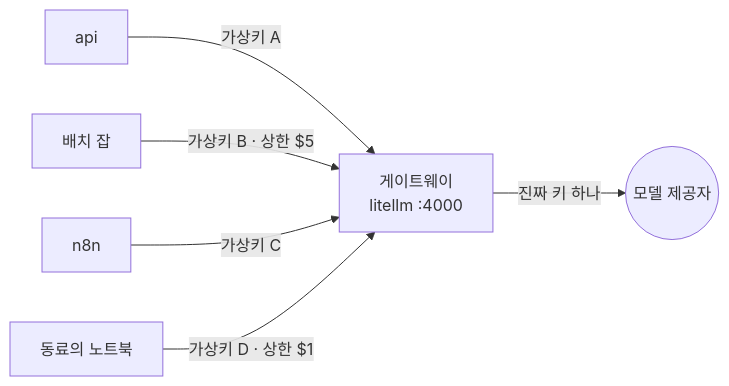
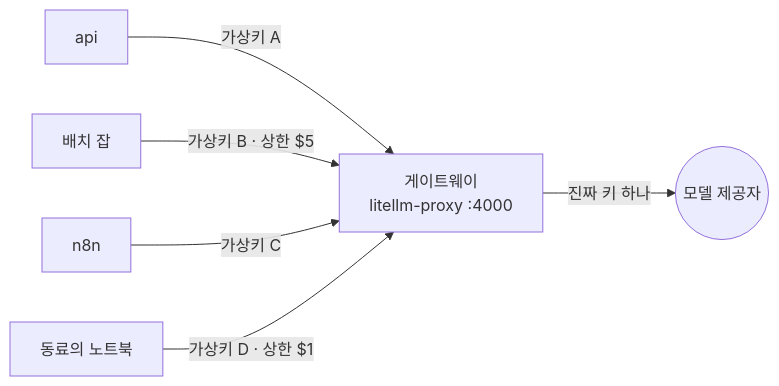
Before and after one commit to 2026-ai-service-engineering-a/ai_service_engineering-track_a: the third of 16 diagrams in site/src/content/courses/ko/session-08/index.mdx, drawn with Mermaid. The commit also changed other lines of this file and 7 other files, not shown here.

````diff
--- a/site/src/content/courses/ko/session-08/index.mdx
+++ b/site/src/content/courses/ko/session-08/index.mdx
@@ -121,8 +123,8 @@
 ```mermaid
 flowchart LR
-    B1["api"] -->|"가상키 A"| G["게이트웨이<br/>litellm :4000"]
+    B1["api"] -->|"가상키 A"| G["게이트웨이<br/>litellm-proxy :4000"]
     B2["배치 잡"] -->|"가상키 B · 상한 $5"| G
     B3["n8n"] -->|"가상키 C"| G
     B4["동료의 노트북"] -->|"가상키 D · 상한 $1"| G
     G -->|"진짜 키 하나"| P(("모델 제공자"))
 ```
````
